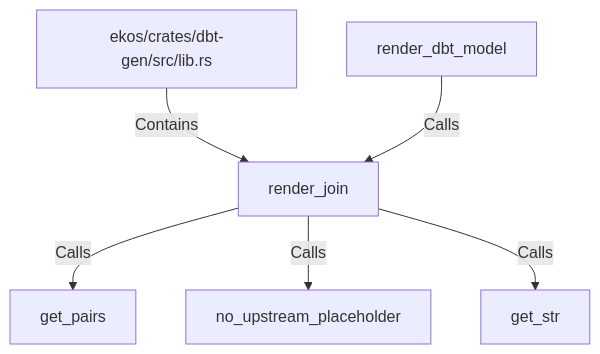
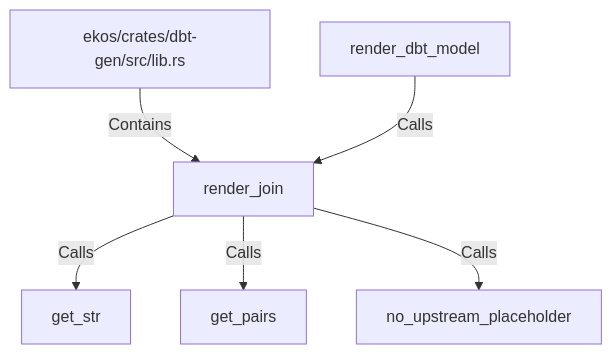
The diagram in doc/entities/rustsymbol/re/render-join.md (alexeyban/EKOS), drawn with Mermaid before and after one commit. The commit also changed other lines of this file and 552 other files, not shown here.

````diff
--- a/doc/entities/rustsymbol/re/render-join.md
+++ b/doc/entities/rustsymbol/re/render-join.md
@@ -24,14 +24,14 @@
 ```mermaid
 graph TD
     n38a7c3722ec45a38a5fd53f7c4bbf55c["render_join"]
     n20d45ed0c411592d80346486682f898c["ekos/crates/dbt-gen/src/lib.rs"]
     n20d45ed0c411592d80346486682f898c -->|Contains| n38a7c3722ec45a38a5fd53f7c4bbf55c
     n95ef686237ab54fa99de4e67f2dffd69["render_dbt_model"]
     n95ef686237ab54fa99de4e67f2dffd69 -->|Calls| n38a7c3722ec45a38a5fd53f7c4bbf55c
+    n92ef0b6b150b5f26bfbd07900bf340c8["get_str"]
+    n38a7c3722ec45a38a5fd53f7c4bbf55c -->|Calls| n92ef0b6b150b5f26bfbd07900bf340c8
     n0d9817e0e1a6593e8889f7658e34fcfc["get_pairs"]
     n38a7c3722ec45a38a5fd53f7c4bbf55c -->|Calls| n0d9817e0e1a6593e8889f7658e34fcfc
     n0a8b417e5dc951999efe5d7b8d2b02b5["no_upstream_placeholder"]
     n38a7c3722ec45a38a5fd53f7c4bbf55c -->|Calls| n0a8b417e5dc951999efe5d7b8d2b02b5
-    n92ef0b6b150b5f26bfbd07900bf340c8["get_str"]
-    n38a7c3722ec45a38a5fd53f7c4bbf55c -->|Calls| n92ef0b6b150b5f26bfbd07900bf340c8
 ```
````
